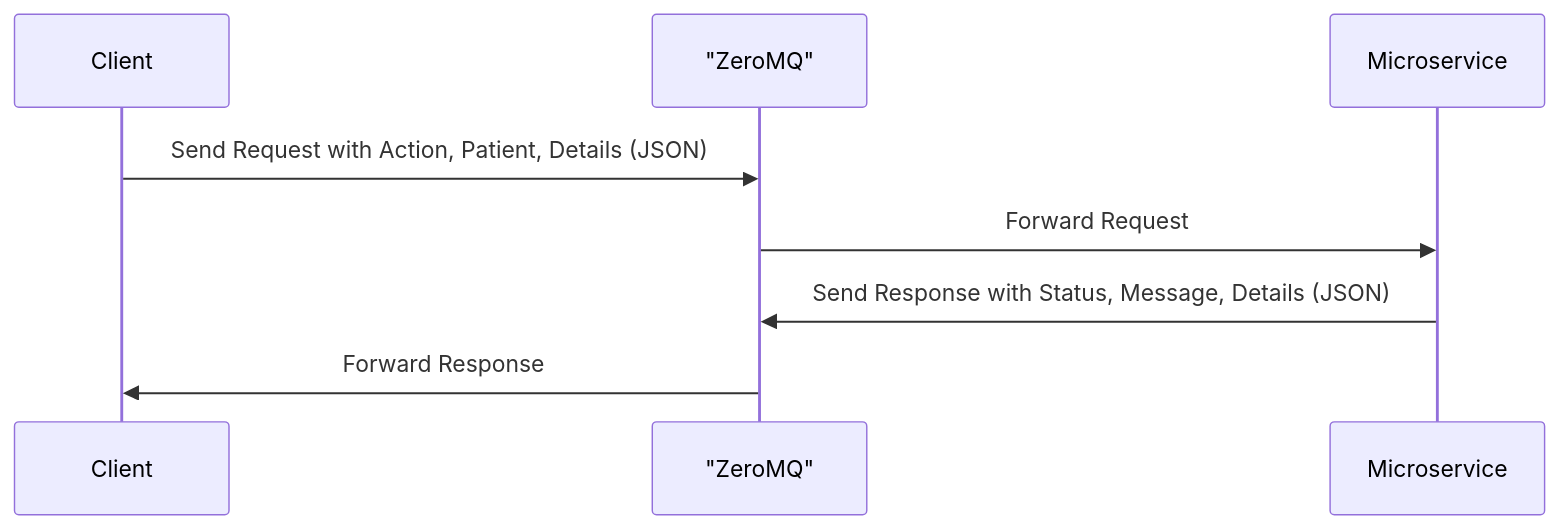
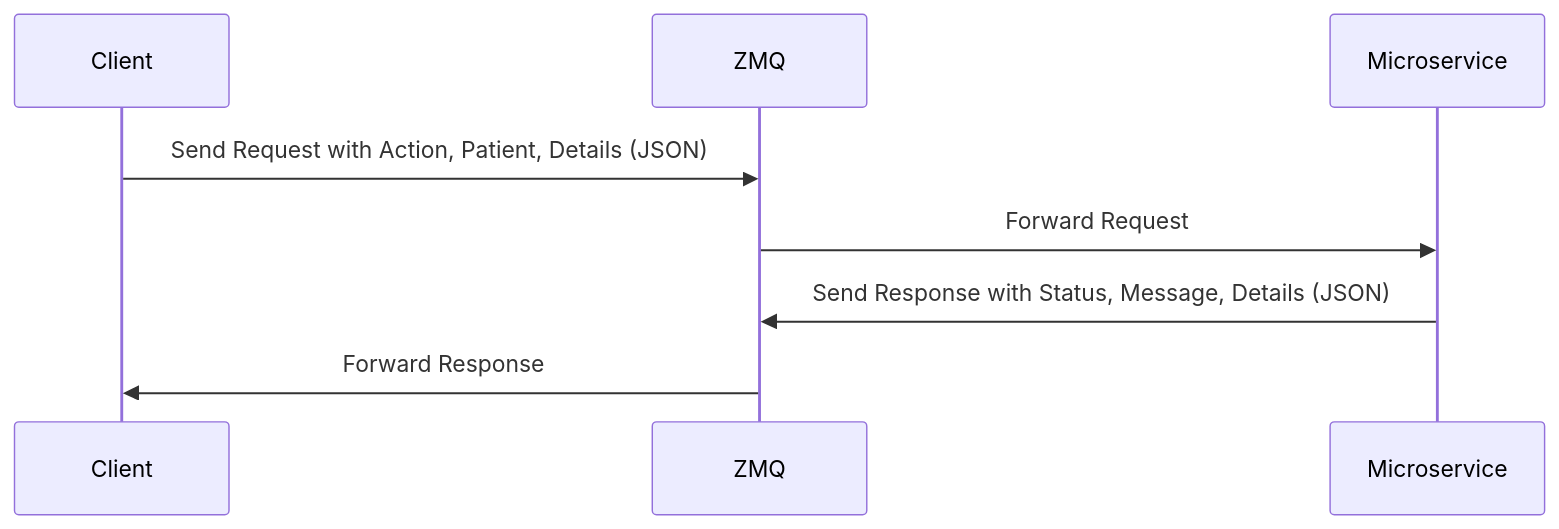
One commit to erikgrinn/air-quality-microservices changed the diagram in README.md. Above: the diagram before and after it, drawn with Mermaid.

````diff
--- a/README.md
+++ b/README.md
@@ -57,11 +57,11 @@
 ```mermaid
 sequenceDiagram
     participant Client
-    participant ZMQ as "ZeroMQ"
+    participant ZMQ
     participant Microservice
 
     Client->>ZMQ: Send Request with Action, Patient, Details (JSON)
     ZMQ->>Microservice: Forward Request
     Microservice->>ZMQ: Send Response with Status, Message, Details (JSON)
     ZMQ->>Client: Forward Response
 ```
````
